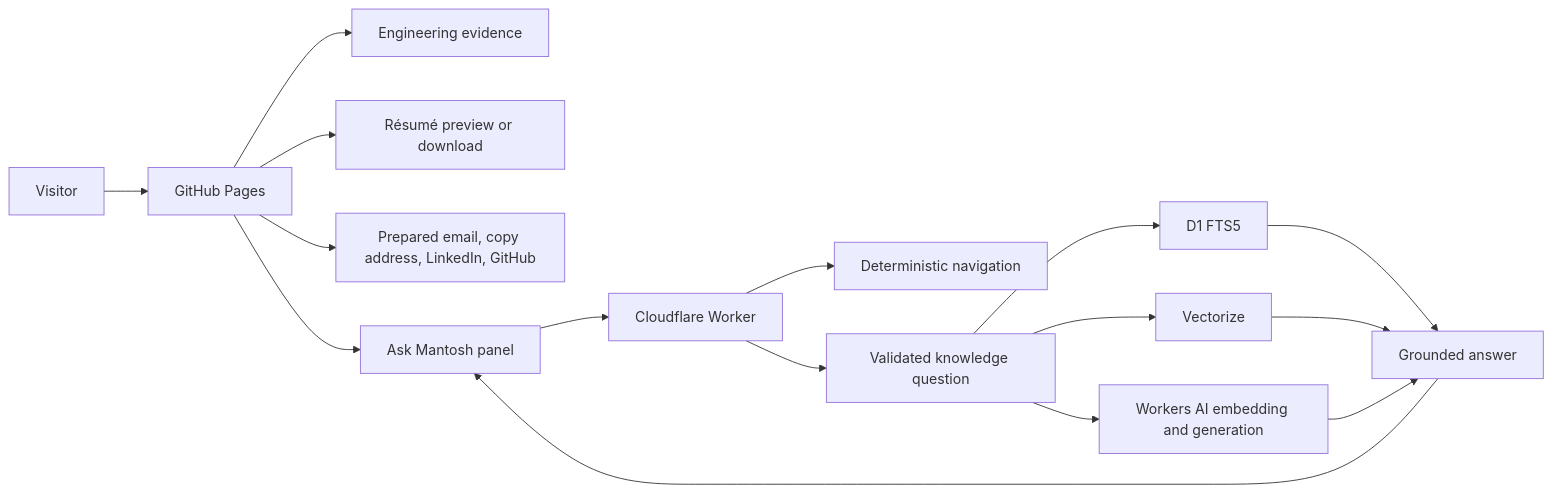
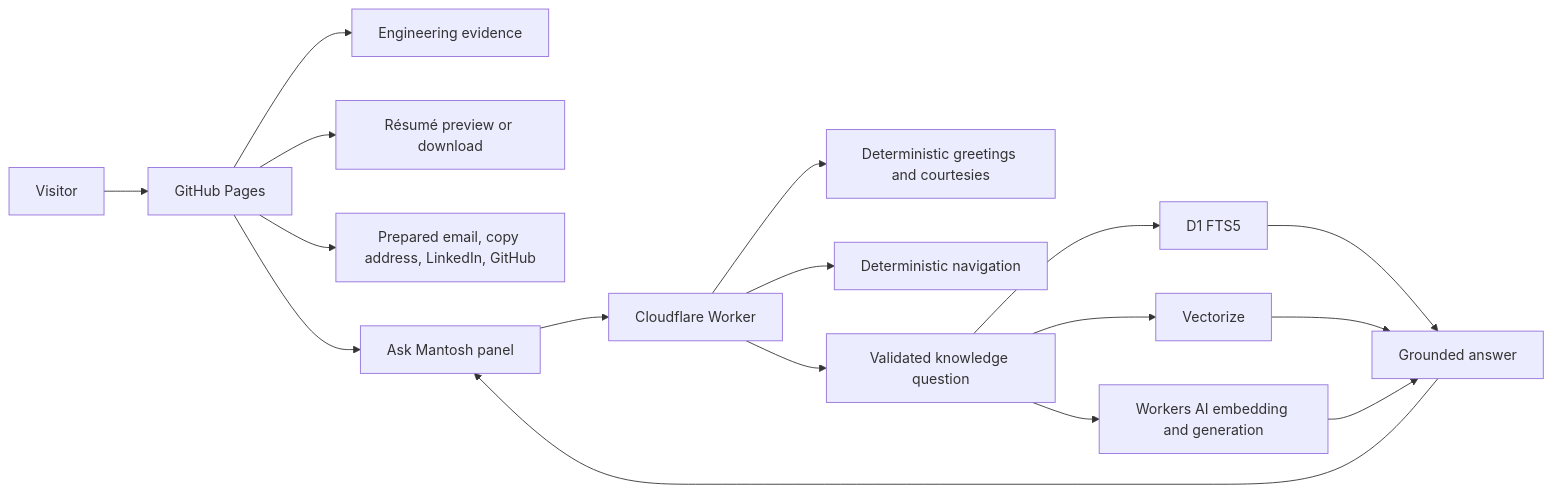
The diagram in docs/SYSTEM_STATE.md (mantoshkumar1/mantoshkumar1.github.io), drawn with Mermaid before and after one commit. The commit also changed other lines of this file and 3 other files, not shown here.

````diff
--- a/docs/SYSTEM_STATE.md
+++ b/docs/SYSTEM_STATE.md
@@ -31,18 +31,19 @@
 ```mermaid
 flowchart LR
   V["Visitor"] --> H["GitHub Pages"]
   H --> E["Engineering evidence"]
   H --> R["Résumé preview or download"]
   H --> C["Prepared email, copy address, LinkedIn, GitHub"]
   H --> A["Ask Mantosh panel"]
   A --> W["Cloudflare Worker"]
+  W --> S["Deterministic greetings and courtesies"]
   W --> N["Deterministic navigation"]
   W --> Q["Validated knowledge question"]
   Q --> D["D1 FTS5"]
   Q --> X["Vectorize"]
   Q --> M["Workers AI embedding and generation"]
   D --> G["Grounded answer"]
   X --> G
   M --> G
   G --> A
 ```
````
